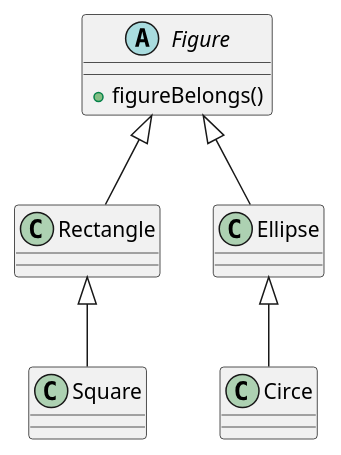
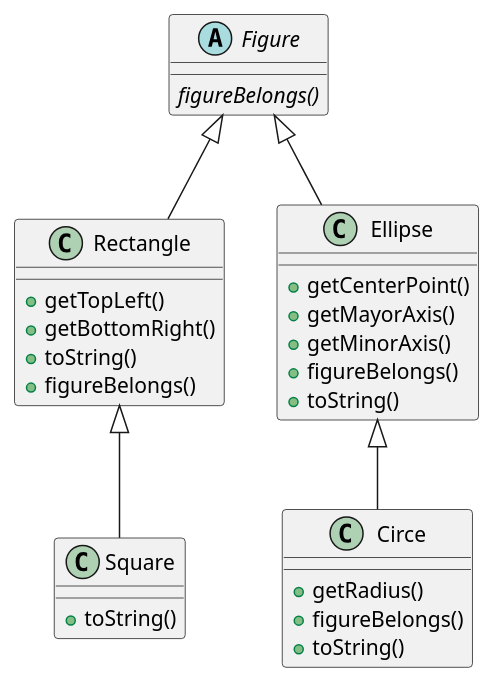
Before and after one commit to LosProgramasdeLepo/TPE-POO: the diagram in src/umls/FigureClasses.puml, drawn with PlantUML. The commit also changed 1 other file, not shown here.

Commit message:
Cambios al UML

```diff
--- a/src/umls/FigureClasses.puml
+++ b/src/umls/FigureClasses.puml
@@ -1,15 +1,31 @@
 @startuml
 'https://plantuml.com/class-diagram
 
 abstract class Figure{
+
+{abstract} figureBelongs()
+}
+class Rectangle extends Figure{
++ getTopLeft()
++ getBottomRight()
++ toString()
 + figureBelongs()
 }
-class Rectangle extends Figure{
-
+class Square extends Rectangle{
++ toString()
 }
-class Square extends Rectangle
-class Ellipse extends Figure
-class Circe extends Ellipse
+class Ellipse extends Figure{
+   + getCenterPoint()
+   + getMayorAxis()
+   + getMinorAxis()
+   + figureBelongs()
+   + toString()
+}
+class Circe extends Ellipse{
+   + getRadius()
+   + figureBelongs()
+   + toString()
+}
 
 
 @enduml
```
